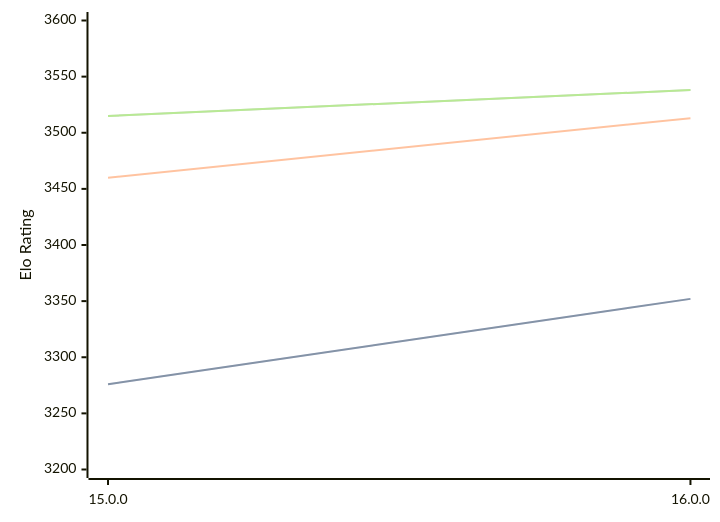
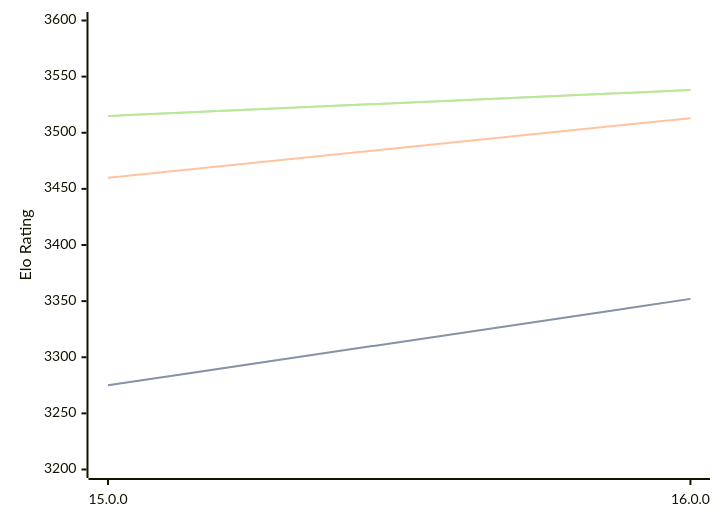
One commit to computer-chess-index/cci changed the diagram in engines/Halogen.md. Above: the diagram before and after it, drawn with Mermaid. The commit also changed other lines of this file, not shown here.

````diff
--- a/engines/Halogen.md
+++ b/engines/Halogen.md
@@ -32,11 +32,11 @@
 ```mermaid
 %%{init: {"theme":"base","themeVariables":{"seriesColors:['#a3a3a3','#222221','#faa371']}}}%%
 xychart-beta
   x-axis ["15.0.0", "16.0.0"]
   y-axis "Elo Rating" 3200 --> 3600
-  line "STC (8.0+0.08s)" [3276, 3352]
-  line "STC (8.0+0.08s)" [3276, 3352]
+  line "STC (8.0+0.08s)" [3275, 3352]
+  line "STC (8.0+0.08s)" [3275, 3352]
   line "LTC (60.0+0.60s)" [3460, 3513]
   line "VLTC (2m24s+1.12s)" [3515, 3538]
   line "VLTC (2m24s+1.12s)" [3515, 3538]
 ```
````
